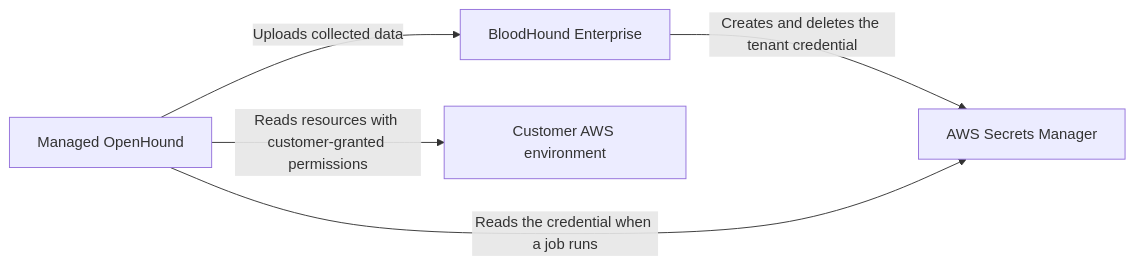
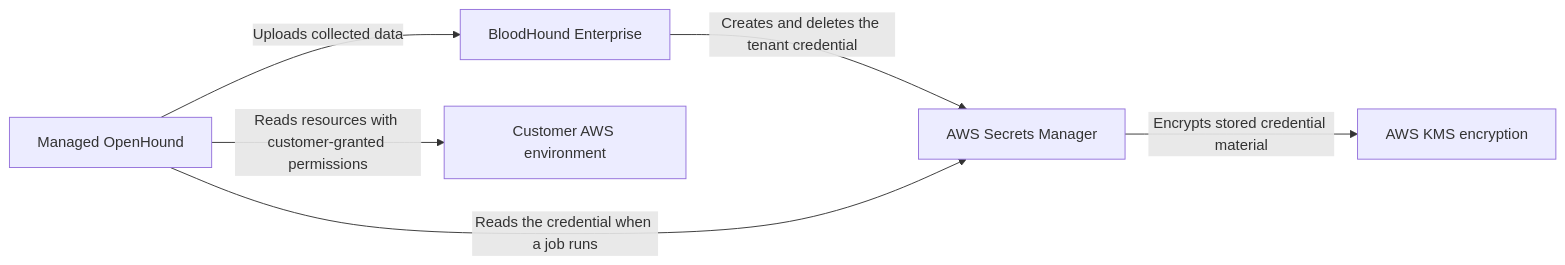
Before and after one commit to SpecterOps/bloodhound-docs: the diagram in docs/collect-data/enterprise-collection/managed-collectors/security-and-compliance.mdx, drawn with Mermaid. The commit also changed other lines of this file and 3 other files, not shown here.

````diff
--- a/docs/collect-data/enterprise-collection/managed-collectors/security-and-compliance.mdx
+++ b/docs/collect-data/enterprise-collection/managed-collectors/security-and-compliance.mdx
@@ -19,12 +19,14 @@
 ```mermaid
 flowchart LR
     BHE[BloodHound Enterprise]
     Secrets[AWS Secrets Manager]
+    KMS[AWS KMS encryption]
     Collector[Managed OpenHound]
     AWS[Customer AWS environment]
 
     BHE -->|Creates and deletes the tenant credential| Secrets
+    Secrets -->|Encrypts stored credential material| KMS
     Collector -->|Reads the credential when a job runs| Secrets
     Collector -->|Reads resources with customer-granted permissions| AWS
     Collector -->|Uploads collected data| BHE
 ```
````
